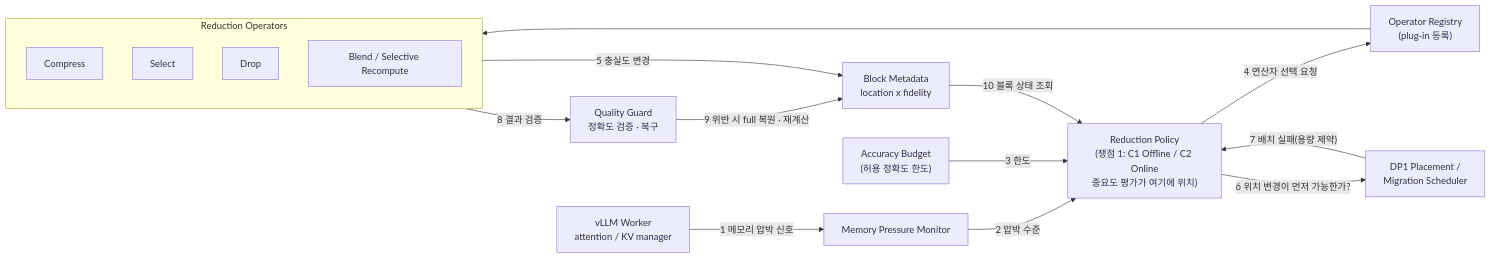
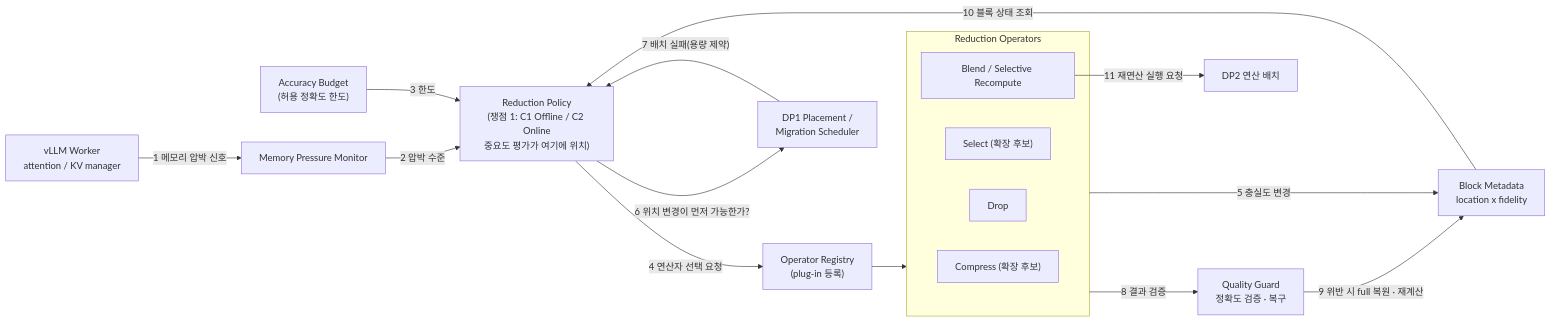
Before and after one commit to mkim0628/vllm: the diagram in doc-mk/DP3/dp3-scope-extension-draft.md, drawn with Mermaid. The commit also changed other lines of this file, not shown here.

````diff
--- a/doc-mk/DP3/dp3-scope-extension-draft.md
+++ b/doc-mk/DP3/dp3-scope-extension-draft.md
@@ -73,29 +83,31 @@
 ```mermaid
 flowchart LR
     ENG["vLLM Worker\nattention / KV manager"]
     PM["Memory Pressure Monitor"]
     POL["Reduction Policy\n(쟁점 1: C1 Offline / C2 Online\n중요도 평가가 여기에 위치)"]
     AB["Accuracy Budget\n(허용 정확도 한도)"]
     REG["Operator Registry\n(plug-in 등록)"]
     subgraph OPS["Reduction Operators"]
-        OC["Compress"]
-        OS["Select"]
+        OC["Compress (확장 후보)"]
+        OS["Select (확장 후보)"]
         OD["Drop"]
         OB["Blend / Selective Recompute"]
     end
     META["Block Metadata\nlocation x fidelity"]
     QG["Quality Guard\n정확도 검증 · 복구"]
     DP1["DP1 Placement /\nMigration Scheduler"]
+    DP2["DP2 연산 배치"]
 
     ENG -- "1 메모리 압박 신호" --> PM
     PM -- "2 압박 수준" --> POL
     AB -- "3 한도" --> POL
     POL -- "4 연산자 선택 요청" --> REG
     REG --> OPS
     OPS -- "5 충실도 변경" --> META
     POL -- "6 위치 변경이 먼저 가능한가?" --> DP1
     DP1 -- "7 배치 실패(용량 제약)" --> POL
     OPS -- "8 결과 검증" --> QG
     QG -- "9 위반 시 full 복원 · 재계산" --> META
     META -- "10 블록 상태 조회" --> POL
+    OB -- "11 재연산 실행 요청" --> DP2
 ```
````
